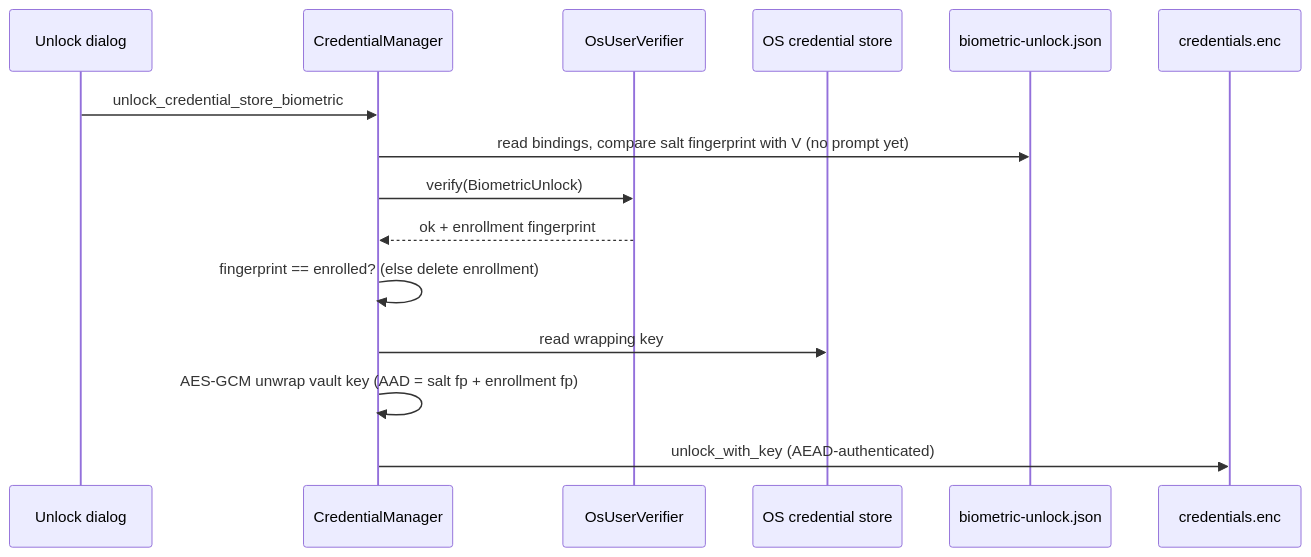
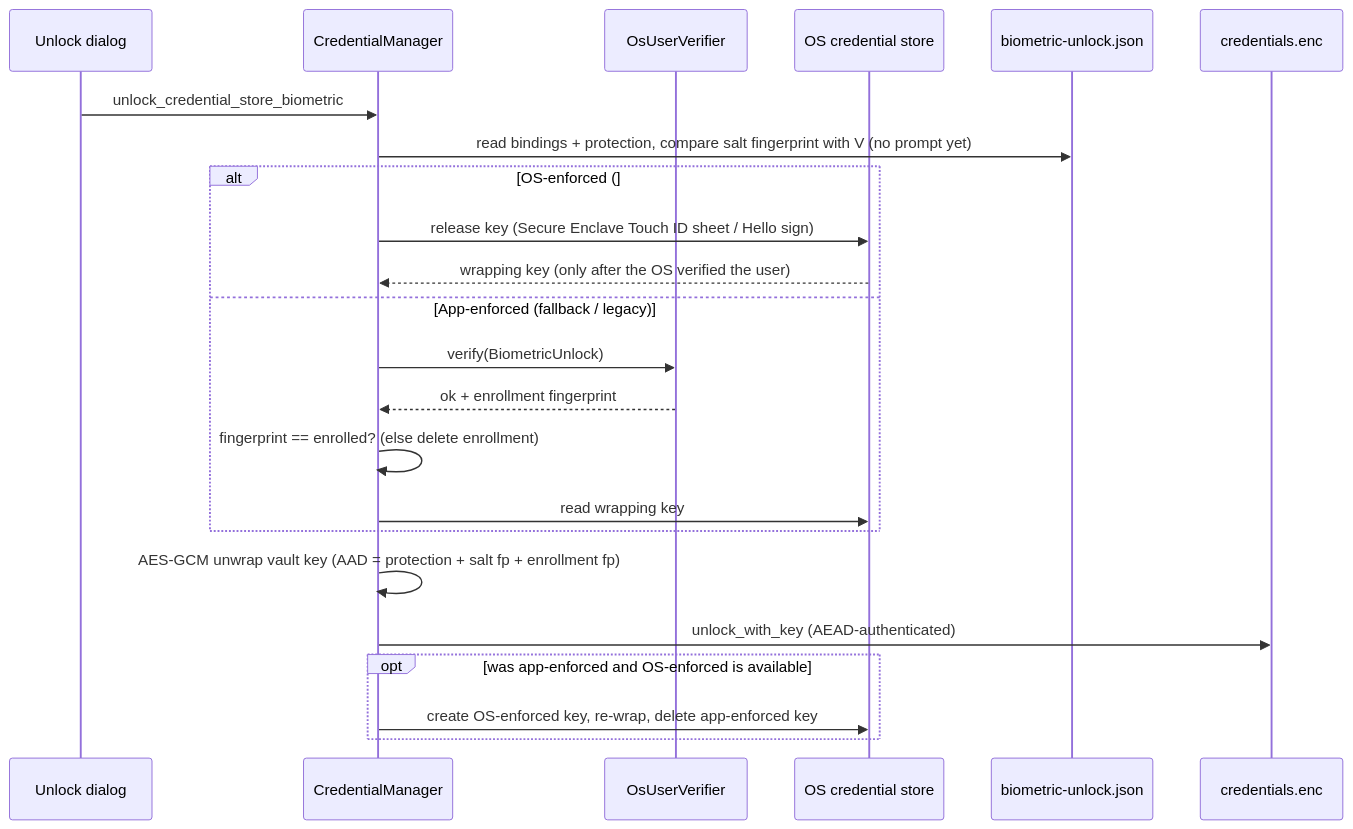
Before and after one commit to armaxri/termiHub: diagram 29 of 37 in docs/architecture.md, drawn with Mermaid. The commit also changed other lines of this file and 3 other files, not shown here.

First line of the commit message:
docs(credential): document os-enforced biometric unlock keys

````diff
--- a/docs/architecture.md
+++ b/docs/architecture.md
@@ -1690,17 +1690,25 @@
 ```mermaid
 sequenceDiagram
     participant UI as Unlock dialog
     participant M as CredentialManager
     participant OS as OsUserVerifier
     participant KC as OS credential store
     participant F as biometric-unlock.json
     participant V as credentials.enc
     UI->>M: unlock_credential_store_biometric
-    M->>F: read bindings, compare salt fingerprint with V (no prompt yet)
-    M->>OS: verify(BiometricUnlock)
-    OS-->>M: ok + enrollment fingerprint
-    M->>M: fingerprint == enrolled? (else delete enrollment)
-    M->>KC: read wrapping key
-    M->>M: AES-GCM unwrap vault key (AAD = salt fp + enrollment fp)
+    M->>F: read bindings + protection, compare salt fingerprint with V (no prompt yet)
+    alt OS-enforced (#3534)
+        M->>KC: release key (Secure Enclave Touch ID sheet / Hello sign)
+        KC-->>M: wrapping key (only after the OS verified the user)
+    else App-enforced (fallback / legacy)
+        M->>OS: verify(BiometricUnlock)
+        OS-->>M: ok + enrollment fingerprint
+        M->>M: fingerprint == enrolled? (else delete enrollment)
+        M->>KC: read wrapping key
+    end
+    M->>M: AES-GCM unwrap vault key (AAD = protection + salt fp + enrollment fp)
     M->>V: unlock_with_key (AEAD-authenticated)
+    opt was app-enforced and OS-enforced is available
+        M->>KC: create OS-enforced key, re-wrap, delete app-enforced key
+    end
 ```
````
